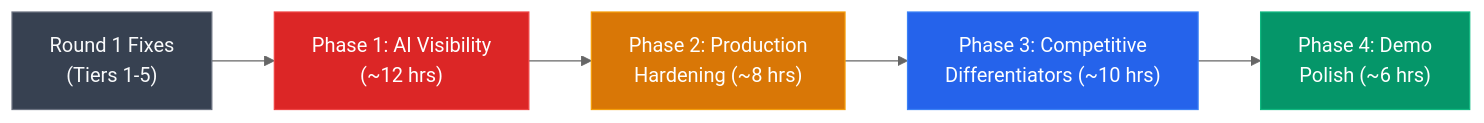
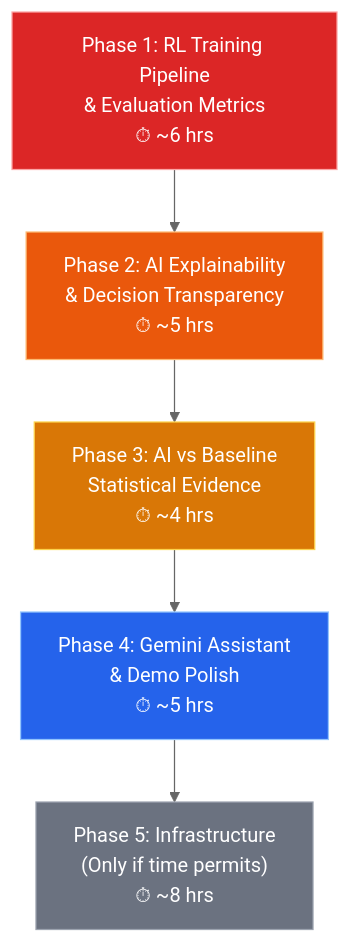
Before and after one commit to Technomancers-GDG/solv-v2: the diagram in round 2 plan.md, drawn with Mermaid (neutral theme). The commit also changed other lines of this file and 45 other files, not shown here.

````diff
--- a/round 2 plan.md
+++ b/round 2 plan.md
@@ -19,12 +23,13 @@
 ```mermaid
-graph LR
-    A["Round 1 Fixes<br/>(Tiers 1-5)"] --> B["Phase 1: AI Visibility<br/>(~12 hrs)"]
-    B --> C["Phase 2: Production<br/>Hardening (~8 hrs)"]
-    C --> D["Phase 3: Competitive<br/>Differentiators (~10 hrs)"]
-    D --> E["Phase 4: Demo<br/>Polish (~6 hrs)"]
-    style A fill:#374151,stroke:#6b7280,color:#f9fafb
-    style B fill:#dc2626,stroke:#ef4444,color:#fff
-    style C fill:#d97706,stroke:#f59e0b,color:#fff
-    style D fill:#2563eb,stroke:#3b82f6,color:#fff
-    style E fill:#059669,stroke:#10b981,color:#fff
+graph TB
+    A["Phase 1: RL Training Pipeline<br/>& Evaluation Metrics<br/>⏱ ~6 hrs"] --> B["Phase 2: AI Explainability<br/>& Decision Transparency<br/>⏱ ~5 hrs"]
+    B --> C["Phase 3: AI vs Baseline<br/>Statistical Evidence<br/>⏱ ~4 hrs"]
+    C --> D["Phase 4: Gemini Assistant<br/>& Demo Polish<br/>⏱ ~5 hrs"]
+    D --> E["Phase 5: Infrastructure<br/>(Only if time permits)<br/>⏱ ~8 hrs"]
+    
+    style A fill:#dc2626,stroke:#fca5a5,color:#fff
+    style B fill:#ea580c,stroke:#fdba74,color:#fff
+    style C fill:#d97706,stroke:#fcd34d,color:#fff
+    style D fill:#2563eb,stroke:#93c5fd,color:#fff
+    style E fill:#6b7280,stroke:#9ca3af,color:#fff
 ```
````
